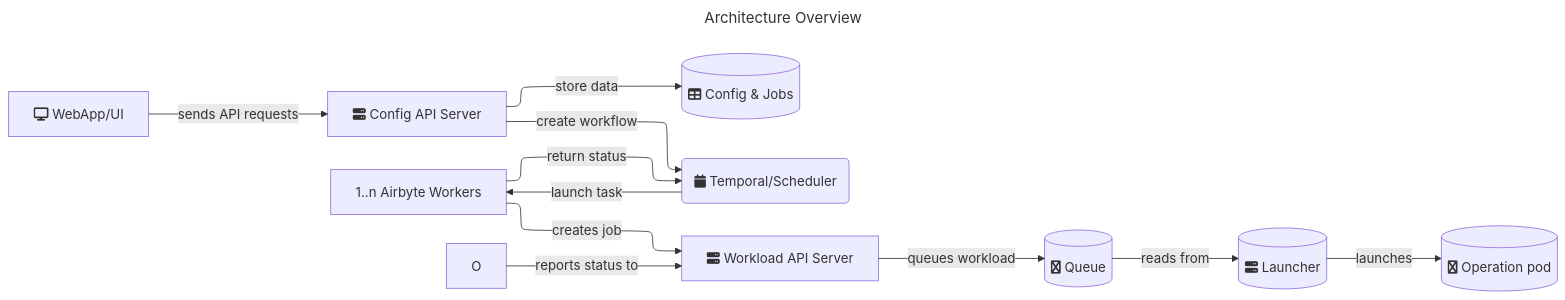
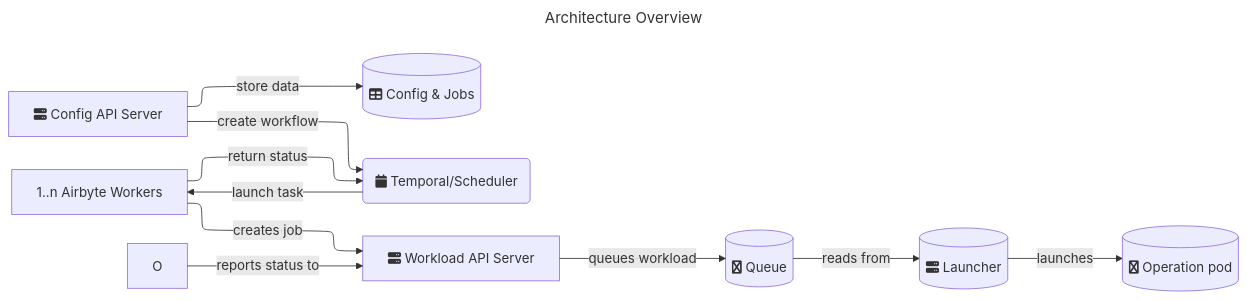
The diagram in docs/platform/understanding-airbyte/high-level-view.md (airbytehq/airbyte), drawn with Mermaid before and after one commit. The commit also changed other lines of this file and 8 other files, not shown here.

````diff
--- a/docs/platform/understanding-airbyte/high-level-view.md
+++ b/docs/platform/understanding-airbyte/high-level-view.md
@@ -15,27 +15,25 @@
 ```mermaid
 ---
 title: Architecture Overview
 ---
 %%{init: {"flowchart": {"defaultRenderer": "elk"}} }%%
 flowchart LR
-    W[fa:fa-display WebApp/UI]
     S[fa:fa-server Config API Server]
     D[(fa:fa-table Config & Jobs)]
     L[(fa:fa-server Launcher)]
     OP[(fa:fa-superpowers Operation pod)]
     Q[(fa:fa-superpowers Queue)]
     T(fa:fa-calendar Temporal/Scheduler)
     W2[1..n Airbyte Workers]
     WL[fa:fa-server Workload API Server]
     
-    W -->|sends API requests| S
     S -->|store data| D
     S -->|create workflow| T
     T -->|launch task| W2
     W2 -->|return status| T
     W2 -->|creates job| WL
     WL -->|queues workload| Q
     Q  -->|reads from| L
     L -->|launches| OP
     O -->|reports status to| WL
 ```
````
